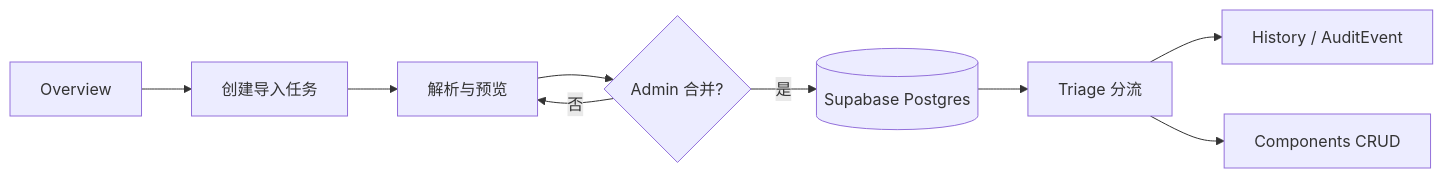
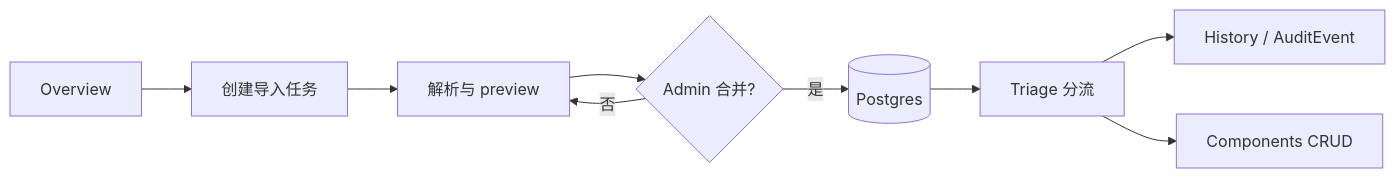
The diagram in docs/plan.md (BlackishGreen33/Argus), drawn with Mermaid before and after one commit. The commit also changed other lines of this file and 10 other files, not shown here.

````diff
--- a/docs/plan.md
+++ b/docs/plan.md
@@ -51,11 +37,11 @@
 ```mermaid
 flowchart LR
   O[Overview] --> I[创建导入任务]
-  I --> P[解析与预览]
+  I --> P[解析与 preview]
   P --> M{Admin 合并?}
   M -->|否| P
-  M -->|是| D[(Supabase Postgres)]
+  M -->|是| D[(Postgres)]
   D --> T[Triage 分流]
   T --> H[History / AuditEvent]
   T --> C[Components CRUD]
 ```
````
